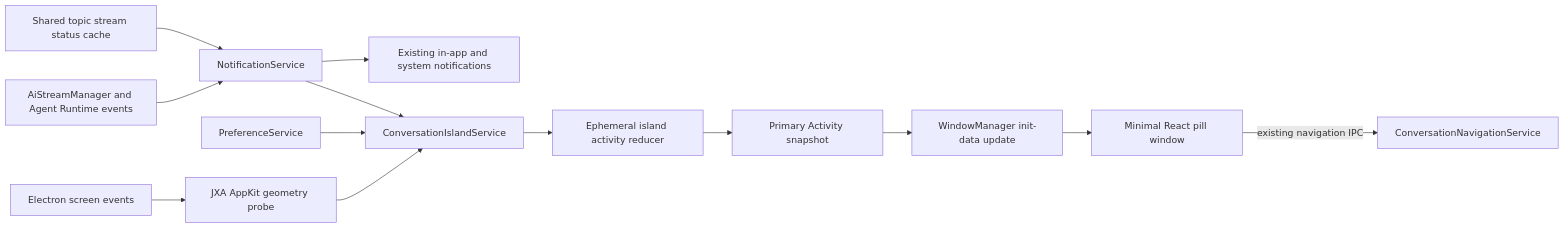
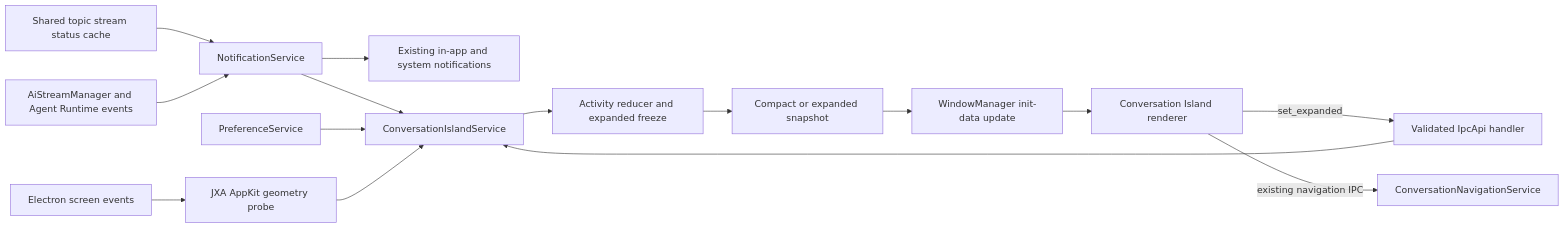
Before and after one commit to CherryHQ/cherry-studio: the diagram in docs/superpowers/specs/2026-08-21-macos-conversation-island-design.md, drawn with Mermaid. The commit also changed other lines of this file and 3 other files, not shown here.

Commit message:
docs(conversation-island): specify hover expansion

````diff
--- a/docs/superpowers/specs/2026-08-21-macos-conversation-island-design.md
+++ b/docs/superpowers/specs/2026-08-21-macos-conversation-island-design.md
@@ -176,15 +216,17 @@
 ```mermaid
 flowchart LR
   Cache[Shared topic stream status cache] --> Notifications[NotificationService]
   Events[AiStreamManager and Agent Runtime events] --> Notifications
   Notifications --> System[Existing in-app and system notifications]
   Notifications --> Service[ConversationIslandService]
   Preference[PreferenceService] --> Service
   Screen[Electron screen events] --> Geometry[JXA AppKit geometry probe]
   Geometry --> Service
-  Service --> State[Ephemeral island activity reducer]
-  State --> Snapshot[Primary Activity snapshot]
+  Service --> State[Activity reducer and expanded freeze]
+  State --> Snapshot[Compact or expanded snapshot]
   Snapshot --> WM[WindowManager init-data update]
-  WM --> Pill[Minimal React pill window]
-  Pill -->|existing navigation IPC| Navigation[ConversationNavigationService]
+  WM --> Surface[Conversation Island renderer]
+  Surface -->|set_expanded| Handler[Validated IpcApi handler]
+  Handler --> Service
+  Surface -->|existing navigation IPC| Navigation[ConversationNavigationService]
 ```
````
